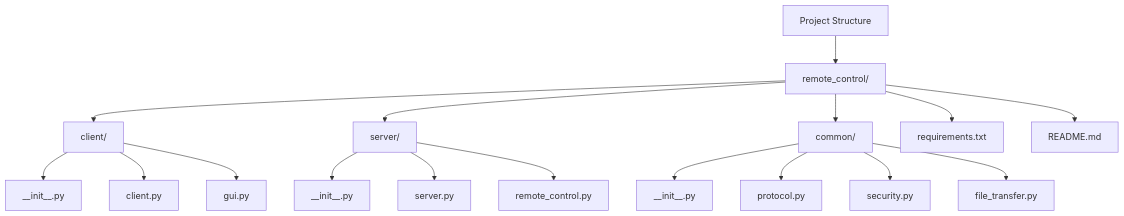
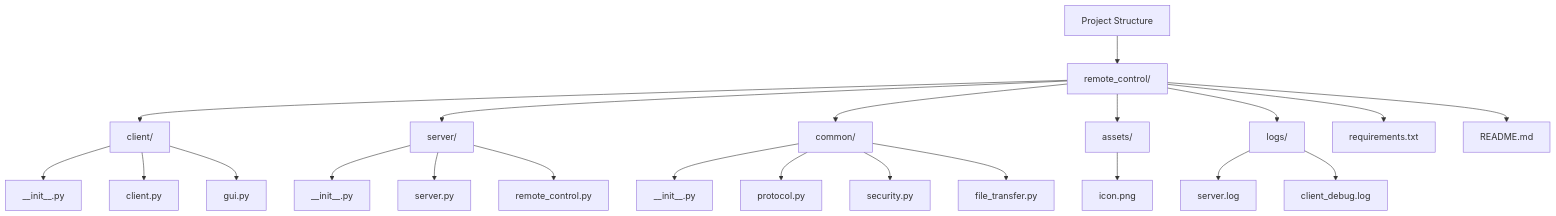
The first of 12 diagrams in docs/GRAPH.md (Nsfr750/remote-control), drawn with Mermaid before and after one commit. The commit also changed other lines of this file and 9 other files, not shown here.

````diff
--- a/docs/GRAPH.md
+++ b/docs/GRAPH.md
@@ -5,19 +5,24 @@
 ```mermaid
 graph TD
     A[Project Structure] --> B[remote_control/]
     B --> C[client/]
     B --> D[server/]
     B --> E[common/]
+    B --> E2[assets/]
+    B --> E3[logs/]
     B --> F[requirements.txt]
     B --> G[README.md]
     C --> H[__init__.py]
     C --> I[client.py]
     C --> J[gui.py]
     D --> K[__init__.py]
     D --> L[server.py]
     D --> M[remote_control.py]
     E --> N[__init__.py]
     E --> O[protocol.py]
     E --> P[security.py]
     E --> Q[file_transfer.py]
+    E2 --> E2A[icon.png]
+    E3 --> E3A[server.log]
+    E3 --> E3B[client_debug.log]
 ```
````
